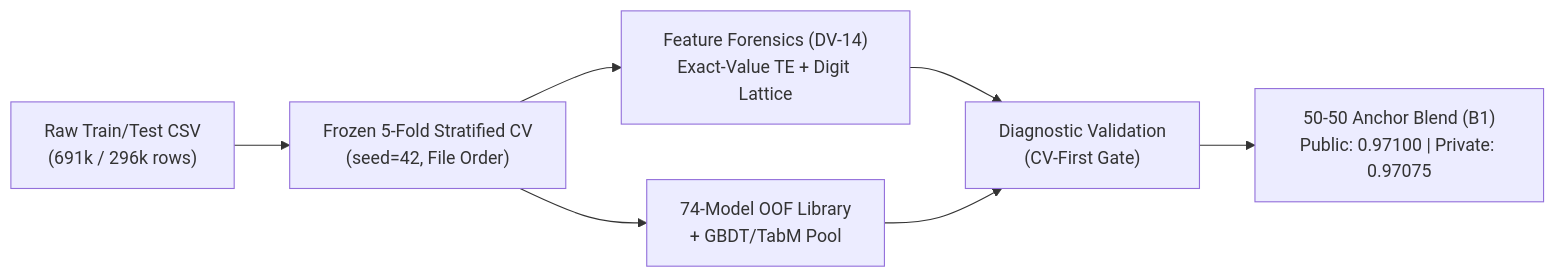
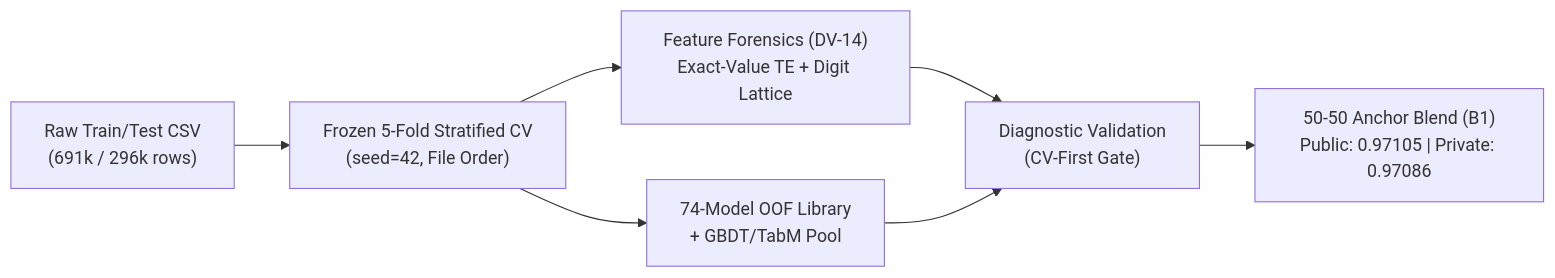
The diagram in README.md (23f3002964/kaggle-playground-s6e8), drawn with Mermaid before and after one commit. The commit also changed other lines of this file, not shown here.

````diff
--- a/README.md
+++ b/README.md
@@ -47,9 +47,9 @@
 ```mermaid
 flowchart LR
     A["Raw Train/Test CSV<br/>(691k / 296k rows)"] --> B["Frozen 5-Fold Stratified CV<br/>(seed=42, File Order)"]
     B --> C["Feature Forensics (DV-14)<br/>Exact-Value TE + Digit Lattice"]
     B --> D["74-Model OOF Library<br/>+ GBDT/TabM Pool"]
     C --> E["Diagnostic Validation<br/>(CV-First Gate)"]
     D --> E
-    E --> F["50-50 Anchor Blend (B1)<br/>Public: 0.97100 | Private: 0.97075"]
+    E --> F["50-50 Anchor Blend (B1)<br/>Public: 0.97105 | Private: 0.97086"]
 ```
````
